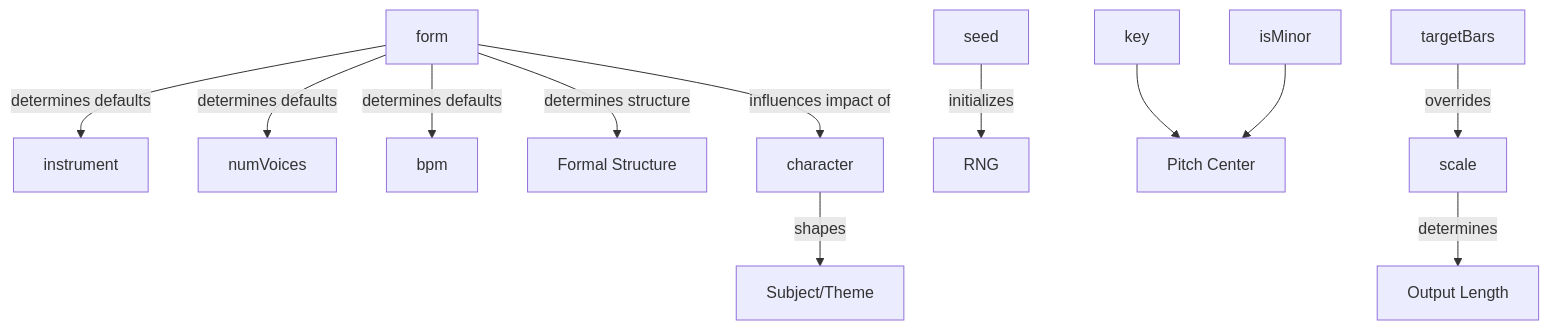
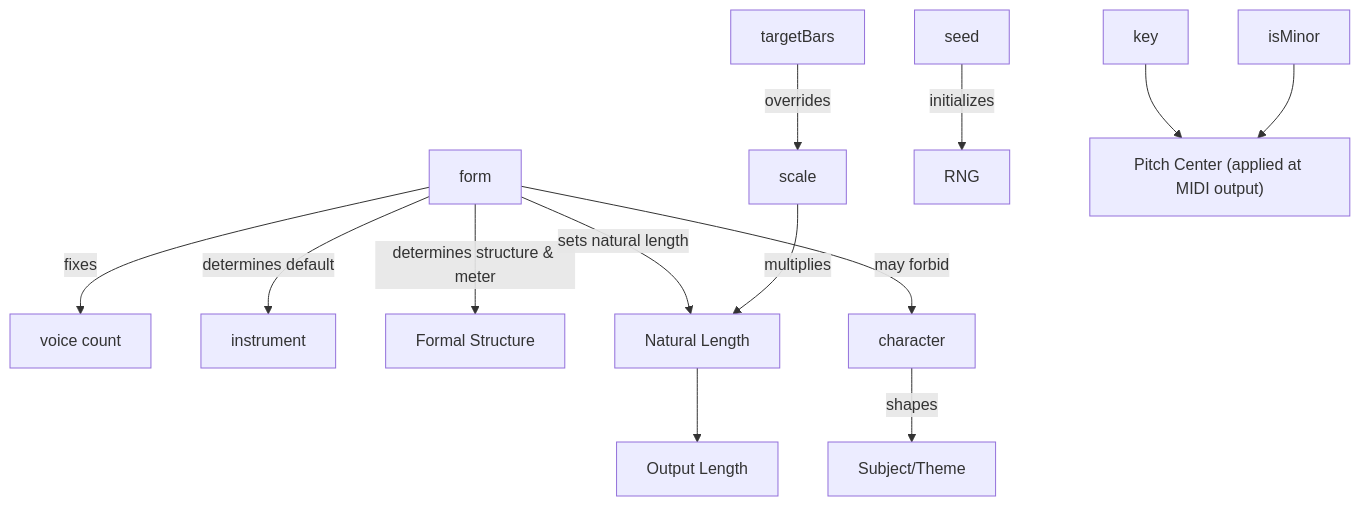
The first of 2 diagrams in src/docs/option-relationships.md (libraz/midi-sketch-bach-homepage), drawn with Mermaid before and after one commit. The commit also changed other lines of this file and 34 other files, not shown here.

````diff
--- a/src/docs/option-relationships.md
+++ b/src/docs/option-relationships.md
@@ -12,14 +12,15 @@
 ```mermaid
 graph TD
-    A["form"] -->|"determines defaults"| B["instrument"]
-    A -->|"determines defaults"| C["numVoices"]
-    A -->|"determines defaults"| D["bpm"]
-    A -->|"determines structure"| E["Formal Structure"]
-    F["scale"] -->|"determines"| G["Output Length"]
+    A["form"] -->|"fixes"| C["voice count"]
+    A -->|"determines default"| B["instrument"]
+    A -->|"determines structure & meter"| E["Formal Structure"]
+    A -->|"sets natural length"| P["Natural Length"]
+    F["scale"] -->|"multiplies"| P
+    P --> G["Output Length"]
     H["targetBars"] -->|"overrides"| F
     I["seed"] -->|"initializes"| J["RNG"]
-    K["key"] --> L["Pitch Center"]
+    K["key"] --> L["Pitch Center (applied at MIDI output)"]
     M["isMinor"] --> L
     N["character"] -->|"shapes"| O["Subject/Theme"]
-    A -->|"influences impact of"| N
+    A -->|"may forbid"| N
 ```
````
